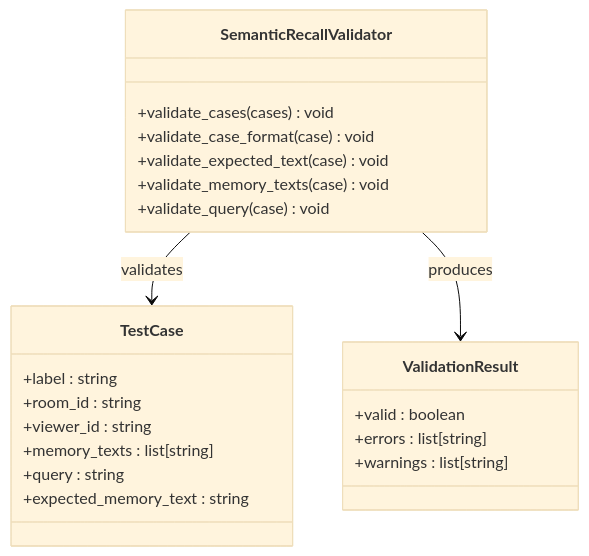
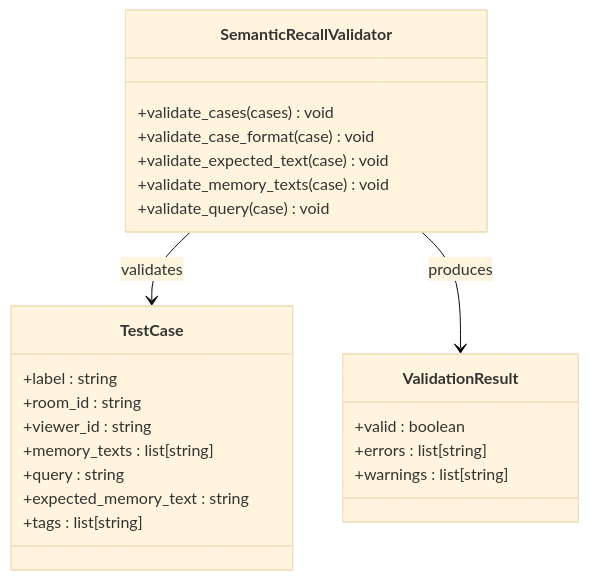
Before and after one commit to Moon-Force/DouYin_llm: the fourth of 7 diagrams in .qoder/repowiki/zh/content/后端服务/内存管理系统/内存管道验证器/语义召回评估系统.md, drawn with Mermaid (base theme). The commit also changed other lines of this file and 35 other files, not shown here.

````diff
--- a/.qoder/repowiki/zh/content/后端服务/内存管理系统/内存管道验证器/语义召回评估系统.md
+++ b/.qoder/repowiki/zh/content/后端服务/内存管理系统/内存管道验证器/语义召回评估系统.md
@@ -182,25 +210,26 @@
 ```mermaid
 classDiagram
 class SemanticRecallValidator {
 +validate_cases(cases) void
 +validate_case_format(case) void
 +validate_expected_text(case) void
 +validate_memory_texts(case) void
 +validate_query(case) void
 }
 class TestCase {
 +label : string
 +room_id : string
 +viewer_id : string
 +memory_texts : list[string]
 +query : string
 +expected_memory_text : string
++tags : list[string]
 }
 class ValidationResult {
 +valid : boolean
 +errors : list[string]
 +warnings : list[string]
 }
 SemanticRecallValidator --> TestCase : validates
 SemanticRecallValidator --> ValidationResult : produces
 ```
````
